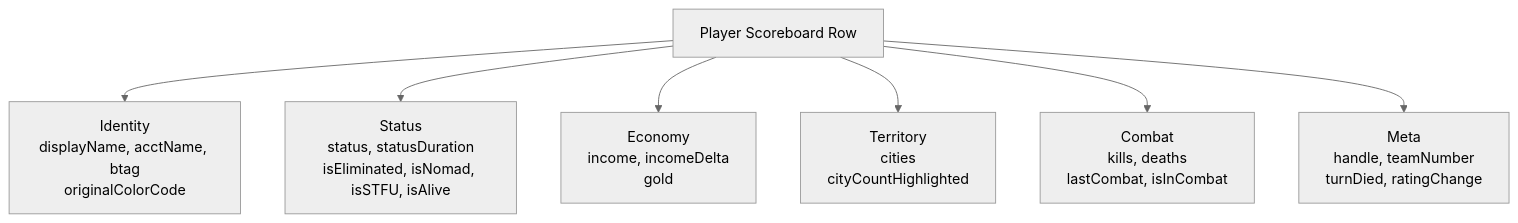
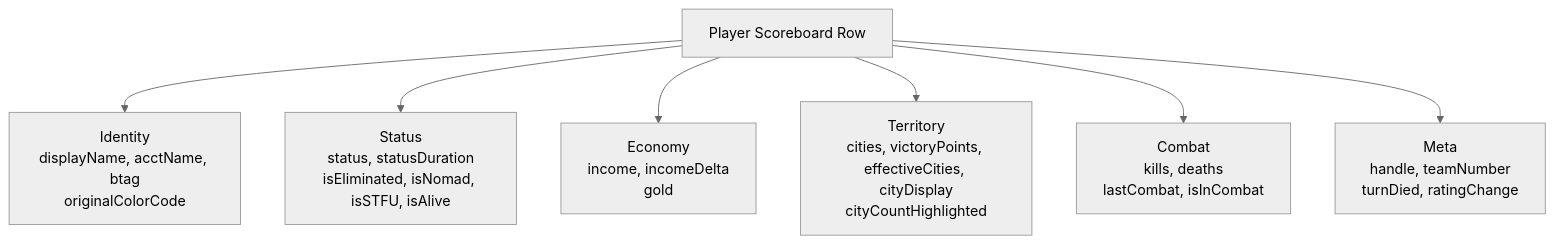
The first of 6 diagrams in docs/gameplay/scoreboard.md (Warcraft-3-Risk/wc3-risk-system), drawn with Mermaid (neutral theme) before and after one commit. The commit also changed other lines of this file and 15 other files, not shown here.

First line of the commit message:
feat: add banked victory points to effective city victory progress

````diff
--- a/docs/gameplay/scoreboard.md
+++ b/docs/gameplay/scoreboard.md
@@ -46,10 +46,10 @@
 ```mermaid
 flowchart TD
     Row["Player Scoreboard Row"]
     Row --> Identity["Identity<br/>displayName, acctName, btag<br/>originalColorCode"]
     Row --> Status["Status<br/>status, statusDuration<br/>isEliminated, isNomad, isSTFU, isAlive"]
     Row --> Economy["Economy<br/>income, incomeDelta<br/>gold"]
-    Row --> Territory["Territory<br/>cities<br/>cityCountHighlighted"]
+    Row --> Territory["Territory<br/>cities, victoryPoints, effectiveCities, cityDisplay<br/>cityCountHighlighted"]
     Row --> Combat["Combat<br/>kills, deaths<br/>lastCombat, isInCombat"]
     Row --> Meta["Meta<br/>handle, teamNumber<br/>turnDied, ratingChange"]
 ```
````
